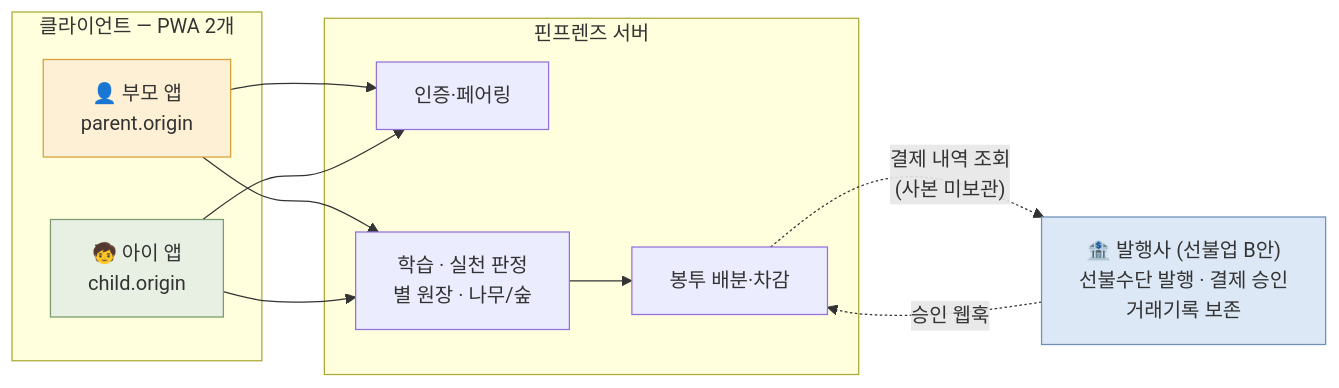
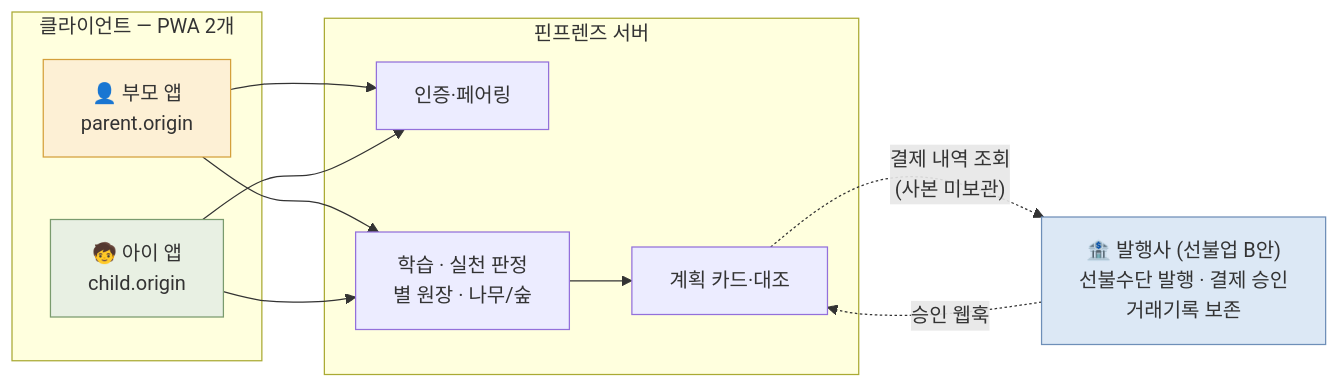
Before and after one commit to scene-one/team1_fin-friends: the first of 6 diagrams in 공용공간/10. SRS/SRS_핀프렌즈_v1_0.md, drawn with Mermaid. The commit also changed other lines of this file and 7 other files, not shown here.

````diff
--- a/공용공간/10. SRS/SRS_핀프렌즈_v1_0.md
+++ b/공용공간/10. SRS/SRS_핀프렌즈_v1_0.md
@@ -55,25 +55,25 @@
 ```mermaid
 graph LR
     subgraph CLIENT["클라이언트 — PWA 2개"]
         PA["👤 부모 앱<br/>parent.origin"]
         CA["🧒 아이 앱<br/>child.origin"]
     end
     subgraph SVR["핀프렌즈 서버"]
         AUTH["인증·페어링"]
         CORE["학습 · 실천 판정<br/>별 원장 · 나무/숲"]
-        ENV["봉투 배분·차감"]
+        ENV["계획 카드·대조"]
     end
     PARTNER["🏦 발행사 (선불업 B안)<br/>선불수단 발행 · 결제 승인<br/>거래기록 보존"]
 
     PA --> AUTH
     CA --> AUTH
     PA --> CORE
     CA --> CORE
     CORE --> ENV
     ENV -.->|"결제 내역 조회<br/>(사본 미보관)"| PARTNER
     PARTNER -.->|"승인 웹훅"| ENV
 
     style PARTNER fill:#DCE8F5,stroke:#6E8FB8
     style CA fill:#E8F0E3,stroke:#7A9B6E
     style PA fill:#FDF0D5,stroke:#D4A03C
 ```
````
